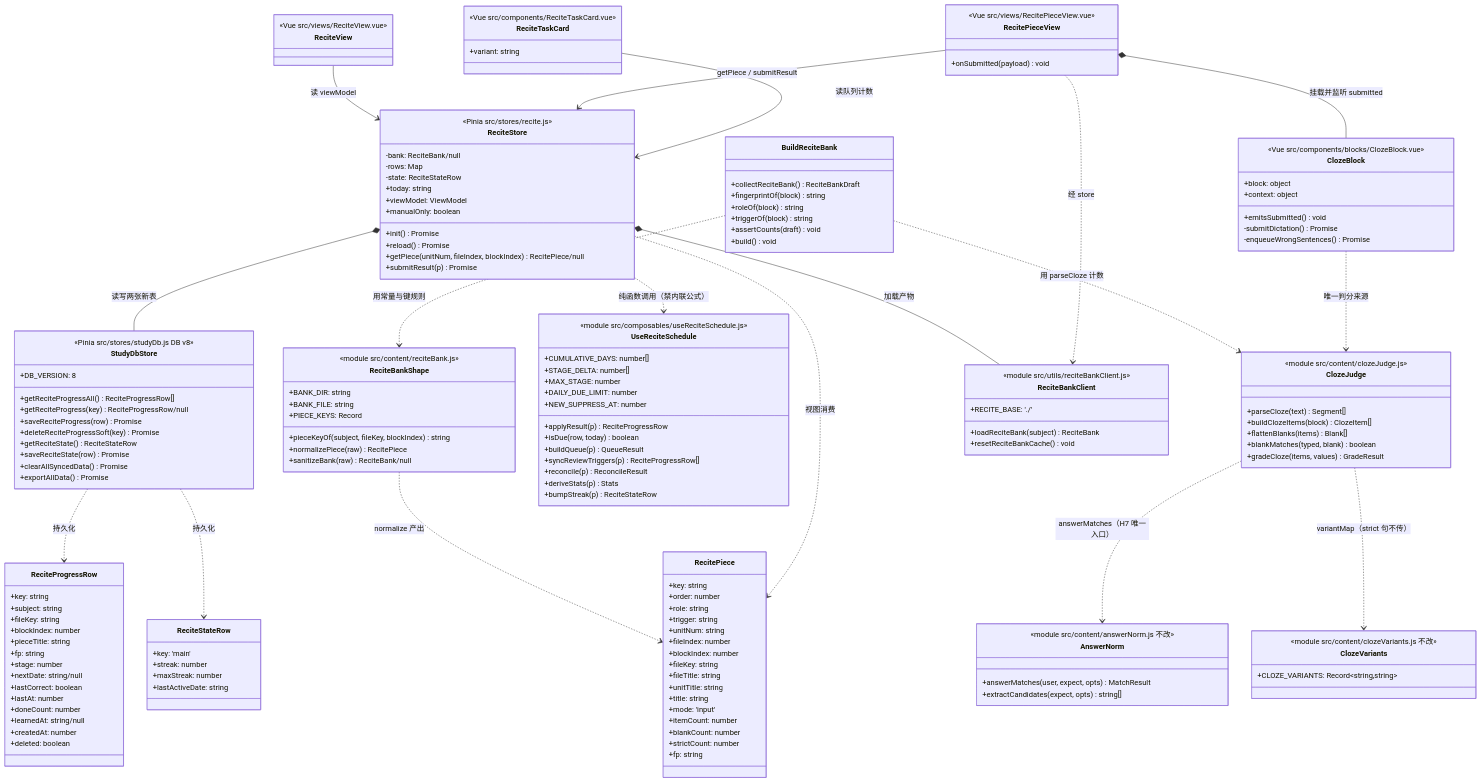
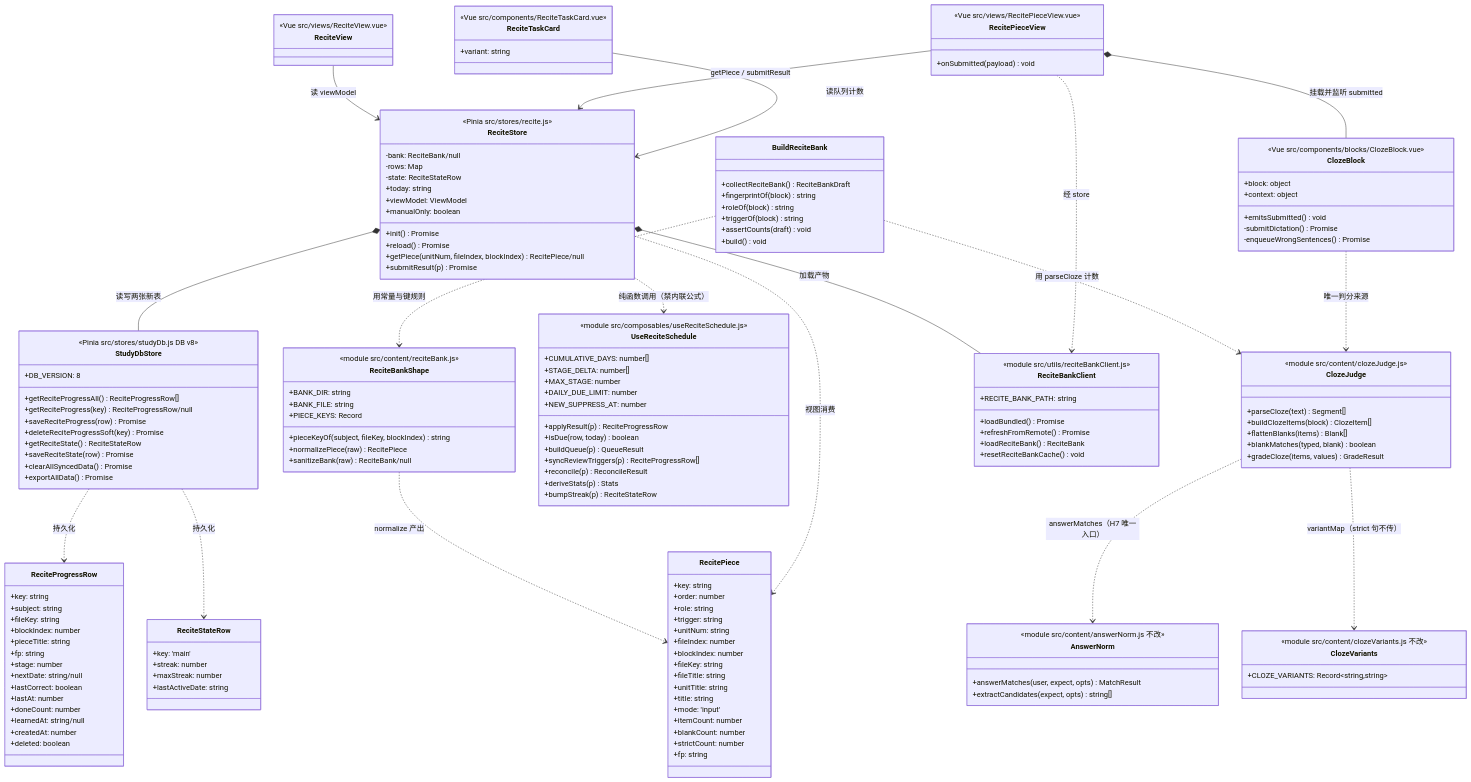
The second of 2 diagrams in docs/design-recitation.md (HeiTangMiao/danzhao-study-vue3), drawn with Mermaid before and after one commit. The commit also changed other lines of this file, not shown here.

```diff
--- a/docs/design-recitation.md
+++ b/docs/design-recitation.md
@@ -643,8 +731,10 @@
   }
   class ReciteBankClient {
     <<module src/utils/reciteBankClient.js>>
-    +RECITE_BASE: './'
-    +loadReciteBank(subject) ReciteBank
+    +RECITE_BANK_PATH: string
+    +loadBundled() Promise
+    +refreshFromRemote() Promise
+    +loadReciteBank() ReciteBank
     +resetReciteBankCache() void
   }
 
```
